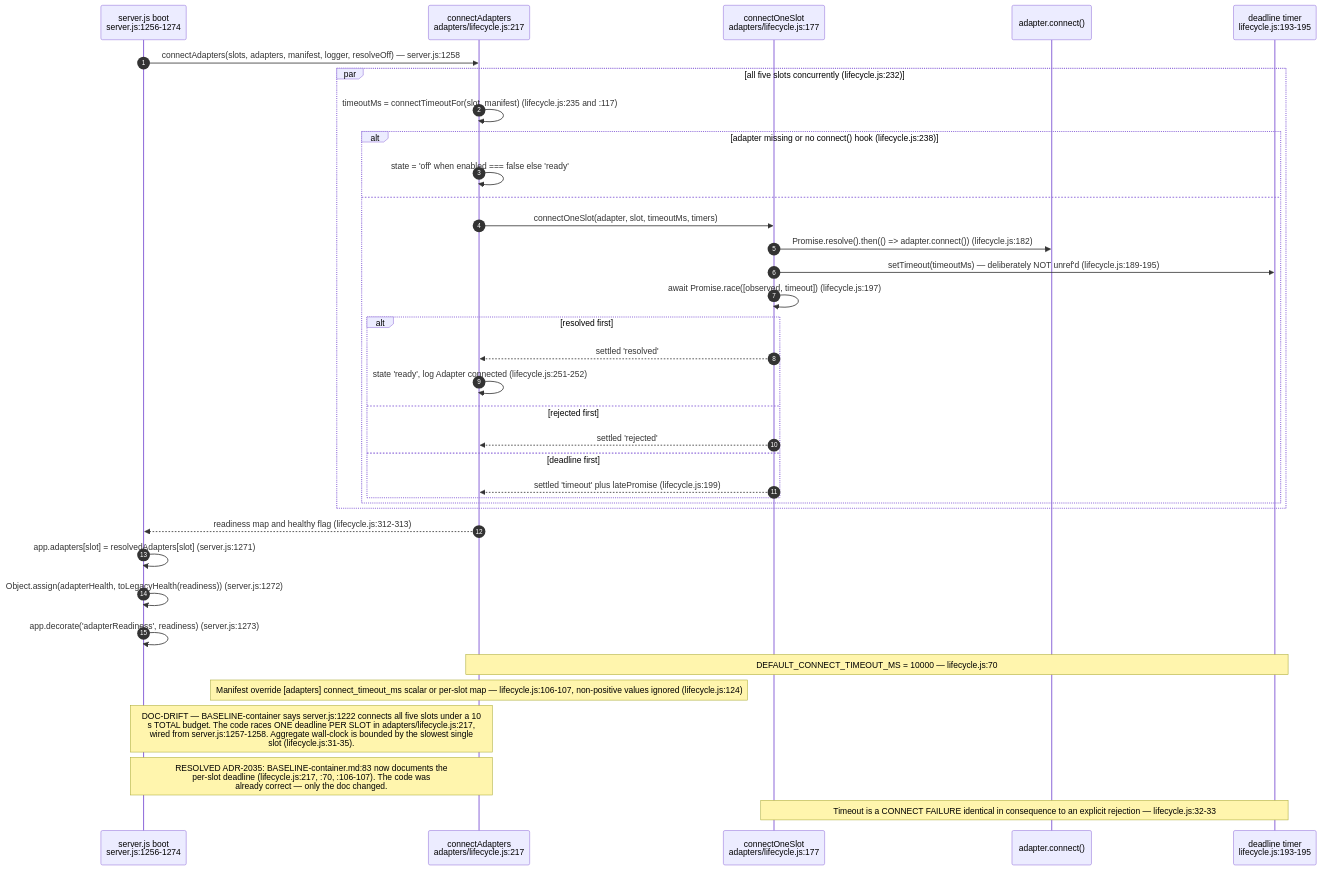
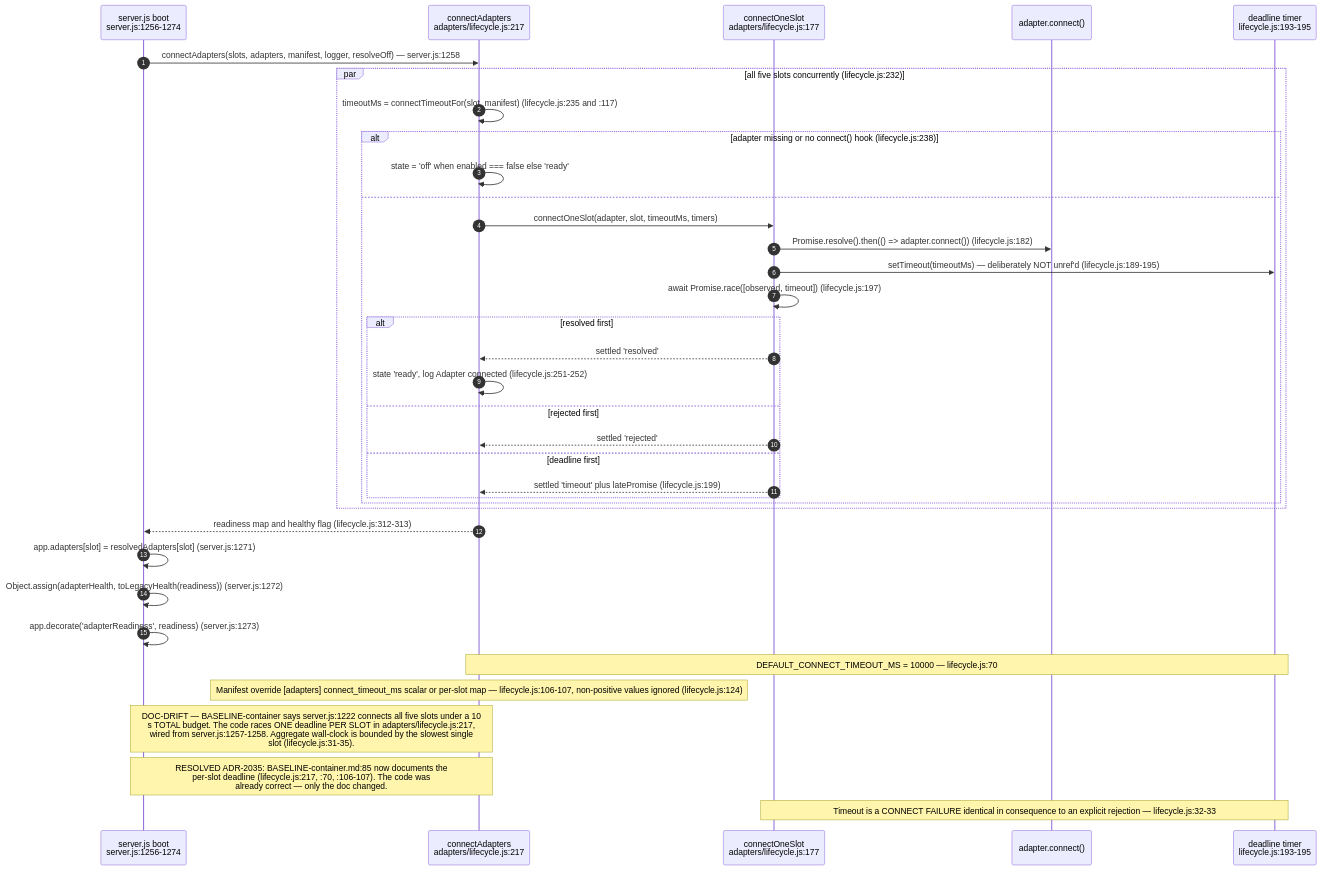
One commit to DreamLab-AI/VisionFlow changed the sixth of 16 diagrams in docs/diagrams/agentbox/04-adapter-spine.md. Above: the diagram before and after it, drawn with Mermaid. The commit also changed other lines of this file and 185 other files, not shown here.

Commit message:
docs(estate): reconcile diagrams and ADRs with source and define closeout sprint

````diff
--- a/docs/diagrams/agentbox/04-adapter-spine.md
+++ b/docs/diagrams/agentbox/04-adapter-spine.md
@@ -254,39 +255,39 @@
 ```mermaid
 sequenceDiagram
     autonumber
     participant SV as server.js boot<br/>server.js:1256-1274
     participant LC as connectAdapters<br/>adapters/lifecycle.js:217
     participant CO as connectOneSlot<br/>adapters/lifecycle.js:177
     participant AD as adapter.connect()
     participant T as deadline timer<br/>lifecycle.js:193-195
 
     SV->>LC: connectAdapters(slots, adapters, manifest, logger, resolveOff) — server.js:1258
     par all five slots concurrently (lifecycle.js:232)
         LC->>LC: timeoutMs = connectTimeoutFor(slot, manifest) (lifecycle.js:235 and :117)
         alt adapter missing or no connect() hook (lifecycle.js:238)
             LC->>LC: state = 'off' when enabled === false else 'ready'
         else
             LC->>CO: connectOneSlot(adapter, slot, timeoutMs, timers)
             CO->>AD: Promise.resolve().then(() => adapter.connect()) (lifecycle.js:182)
             CO->>T: setTimeout(timeoutMs) — deliberately NOT unref'd (lifecycle.js:189-195)
             CO->>CO: await Promise.race([observed, timeout]) (lifecycle.js:197)
             alt resolved first
                 CO-->>LC: settled 'resolved'
                 LC->>LC: state 'ready', log Adapter connected (lifecycle.js:251-252)
             else rejected first
                 CO-->>LC: settled 'rejected'
             else deadline first
                 CO-->>LC: settled 'timeout' plus latePromise (lifecycle.js:199)
             end
         end
     end
     LC-->>SV: readiness map and healthy flag (lifecycle.js:312-313)
     SV->>SV: app.adapters[slot] = resolvedAdapters[slot] (server.js:1271)
     SV->>SV: Object.assign(adapterHealth, toLegacyHealth(readiness)) (server.js:1272)
     SV->>SV: app.decorate('adapterReadiness', readiness) (server.js:1273)
     Note over LC,T: DEFAULT_CONNECT_TIMEOUT_MS = 10000 — lifecycle.js:70
     Note over LC: Manifest override [adapters] connect_timeout_ms scalar or per-slot map — lifecycle.js:106-107, non-positive values ignored (lifecycle.js:124)
     Note over SV,LC: DOC-DRIFT — BASELINE-container says server.js:1222 connects all five slots under a 10<br/>s TOTAL budget. The code races ONE deadline PER SLOT in adapters/lifecycle.js:217,<br/>wired from server.js:1257-1258. Aggregate wall-clock is bounded by the slowest single<br/>slot (lifecycle.js:31-35).
-    Note over SV,LC: RESOLVED ADR-2035: BASELINE-container.md:83 now documents the<br/>per-slot deadline (lifecycle.js:217, :70, :106-107). The code was<br/>already correct — only the doc changed.
+    Note over SV,LC: RESOLVED ADR-2035: BASELINE-container.md:85 now documents the<br/>per-slot deadline (lifecycle.js:217, :70, :106-107). The code was<br/>already correct — only the doc changed.
     Note over CO,T: Timeout is a CONNECT FAILURE identical in consequence to an explicit rejection — lifecycle.js:32-33
 ```
````
